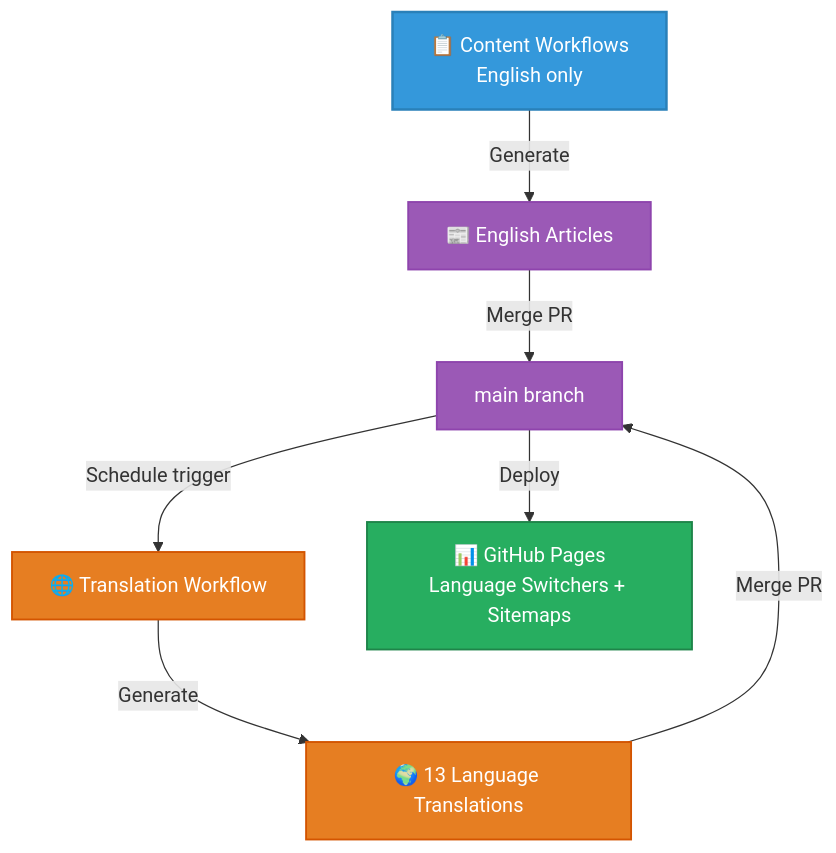
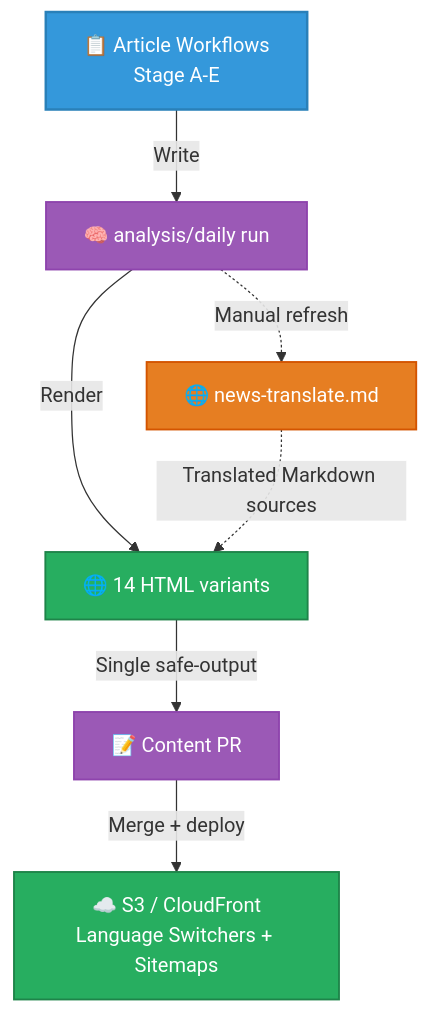
The fifth of 22 diagrams in WORKFLOWS.md (Hack23/euparliamentmonitor), drawn with Mermaid before and after one commit. The commit also changed other lines of this file and 3 other files, not shown here.

First line of the commit message:
docs: align article workflow architecture

````diff
--- a/WORKFLOWS.md
+++ b/WORKFLOWS.md
@@ -497,19 +497,19 @@
 ```mermaid
 graph TD
-    A[📋 Content Workflows<br/>English only] -->|Generate| B[📰 English Articles]
-    B -->|Merge PR| C[main branch]
-    C -->|Schedule trigger| D[🌐 Translation Workflow]
-    D -->|Generate| E[🌍 13 Language Translations]
-    E -->|Merge PR| C
-    C -->|Deploy| F[📊 GitHub Pages<br/>Language Switchers + Sitemaps]
+    A[📋 Article Workflows<br/>Stage A-E] -->|Write| B[🧠 analysis/daily run]
+    B -->|Render| C[🌐 14 HTML variants]
+    C -->|Single safe-output| D[📝 Content PR]
+    B -.->|Manual refresh| E[🌐 news-translate.md]
+    E -.->|Translated Markdown sources| C
+    D -->|Merge + deploy| F[☁️ S3 / CloudFront<br/>Language Switchers + Sitemaps]
 
     classDef trigger fill:#3498db,stroke:#2980b9,stroke-width:2px,color:white
     classDef process fill:#9b59b6,stroke:#8e44ad,stroke-width:1.5px,color:white
-    classDef deploy fill:#27ae60,stroke:#1e8449,stroke-width:1.5px,color:white
+    classDef render fill:#27ae60,stroke:#1e8449,stroke-width:1.5px,color:white
     classDef translation fill:#e67e22,stroke:#d35400,stroke-width:1.5px,color:white
 
     class A trigger
-    class B,C process
-    class D,E translation
-    class F deploy
+    class B,D process
+    class C,F render
+    class E translation
 ```
````
